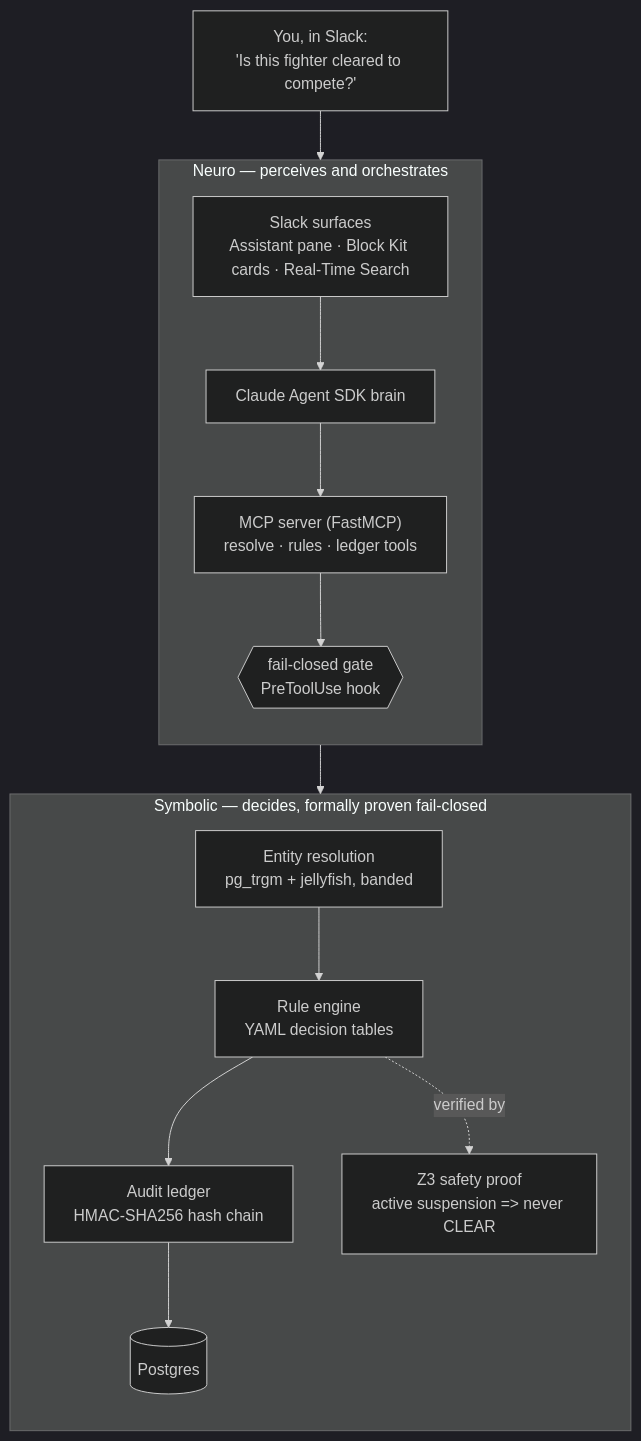
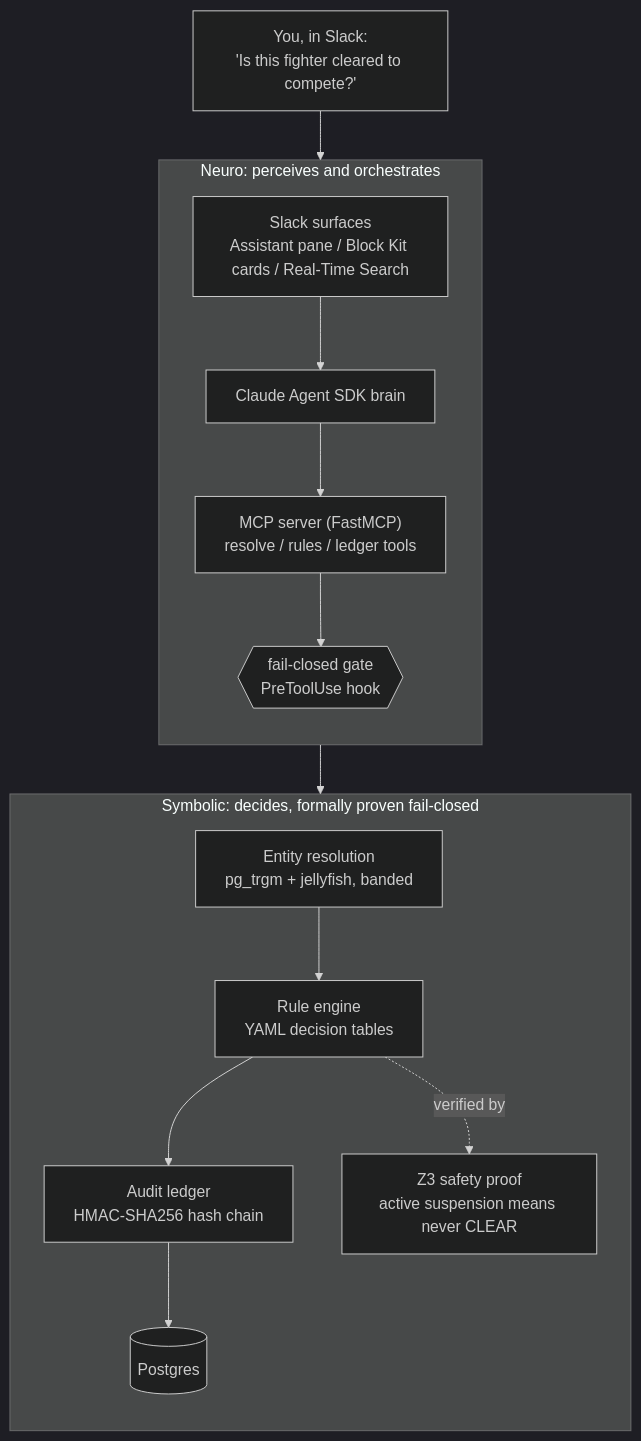
Before and after one commit to StephenSook/cornercheck: the diagram in docs/architecture.md, drawn with Mermaid (dark theme). The commit also changed 3 other files, not shown here.

First line of the commit message:
docs: professional README with banner, badges, and inline Mermaid architecture

````diff
--- a/docs/architecture.md
+++ b/docs/architecture.md
@@ -8,27 +8,27 @@
 ```mermaid
 flowchart TD
     U["You, in Slack:<br/>'Is this fighter cleared to compete?'"]
 
-    subgraph NEURO["Neuro &mdash; perceives and orchestrates"]
+    subgraph NEURO["Neuro: perceives and orchestrates"]
       direction TB
-      S["Slack surfaces<br/>Assistant pane &middot; Block Kit cards &middot; Real-Time Search"]
+      S["Slack surfaces<br/>Assistant pane / Block Kit cards / Real-Time Search"]
       A["Claude Agent SDK brain"]
-      M["MCP server (FastMCP)<br/>resolve &middot; rules &middot; ledger tools"]
+      M["MCP server (FastMCP)<br/>resolve / rules / ledger tools"]
       G{{"fail-closed gate<br/>PreToolUse hook"}}
       S --> A --> M --> G
     end
 
-    subgraph SYM["Symbolic &mdash; decides, formally proven fail-closed"]
+    subgraph SYM["Symbolic: decides, formally proven fail-closed"]
       direction TB
       ER["Entity resolution<br/>pg_trgm + jellyfish, banded"]
       RE["Rule engine<br/>YAML decision tables"]
-      Z["Z3 safety proof<br/>active suspension =&gt; never CLEAR"]
+      Z["Z3 safety proof<br/>active suspension means never CLEAR"]
       L["Audit ledger<br/>HMAC-SHA256 hash chain"]
       DB[("Postgres")]
       ER --> RE --> L --> DB
       RE -. verified by .-> Z
     end
 
     U --> S
     G --> ER
 ```
````
